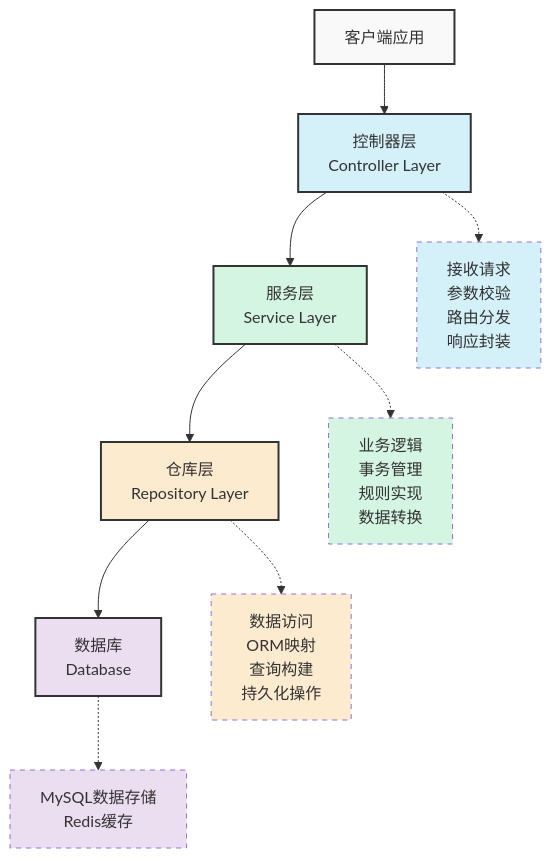
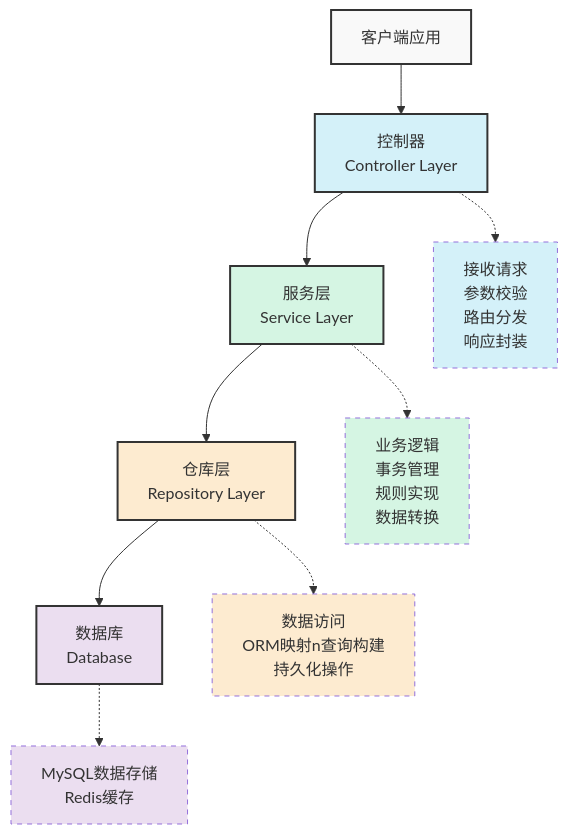
Before and after one commit to LeonColes/Attendance-Backend: the second of 7 diagrams in README.md, drawn with Mermaid. The commit also changed other lines of this file and 12 other files, not shown here.

````diff
--- a/README.md
+++ b/README.md
@@ -147,29 +160,42 @@
 ```mermaid
 flowchart TD
-    A[客户端应用] --> B[控制器层\nController Layer]
-    B --> C[服务层\nService Layer]
-    C --> D[仓库层\nRepository Layer]
-    D --> E[数据库\nDatabase]
+    A[客户端应用] --> B[控制器
+      Controller Layer]
+    B --> C[服务层
+      Service Layer]
+    C --> D[仓库层
+      Repository Layer]
+    D --> E[数据库
+      Database]
     
     classDef clientStyle fill:#f9f9f9,stroke:#333,stroke-width:2px
     classDef controllerStyle fill:#d4f1f9,stroke:#333,stroke-width:2px,color:#333
     classDef serviceStyle fill:#d5f5e3,stroke:#333,stroke-width:2px,color:#333
     classDef repoStyle fill:#fdebd0,stroke:#333,stroke-width:2px,color:#333
     classDef dbStyle fill:#ebdef0,stroke:#333,stroke-width:2px,color:#333
     
     class A clientStyle
     class B controllerStyle
     class C serviceStyle
     class D repoStyle
     class E dbStyle
     
-    B -.-> F[接收请求\n参数校验\n路由分发\n响应封装]
-    C -.-> G[业务逻辑\n事务管理\n规则实现\n数据转换]
-    D -.-> H[数据访问\nORM映射\n查询构建\n持久化操作]
-    E -.-> I[MySQL数据存储\nRedis缓存]
+    B -.-> F[接收请求
+      参数校验
+      路由分发
+      响应封装]
+    C -.-> G[业务逻辑
+      事务管理
+      规则实现
+      数据转换]
+    D -.-> H[数据访问
+      ORM映射n查询构建
+      持久化操作]
+    E -.-> I[MySQL数据存储
+      Redis缓存]
     
     style F fill:#d4f1f9,stroke-dasharray: 5 5
     style G fill:#d5f5e3,stroke-dasharray: 5 5
     style H fill:#fdebd0,stroke-dasharray: 5 5
     style I fill:#ebdef0,stroke-dasharray: 5 5
 ```
````
